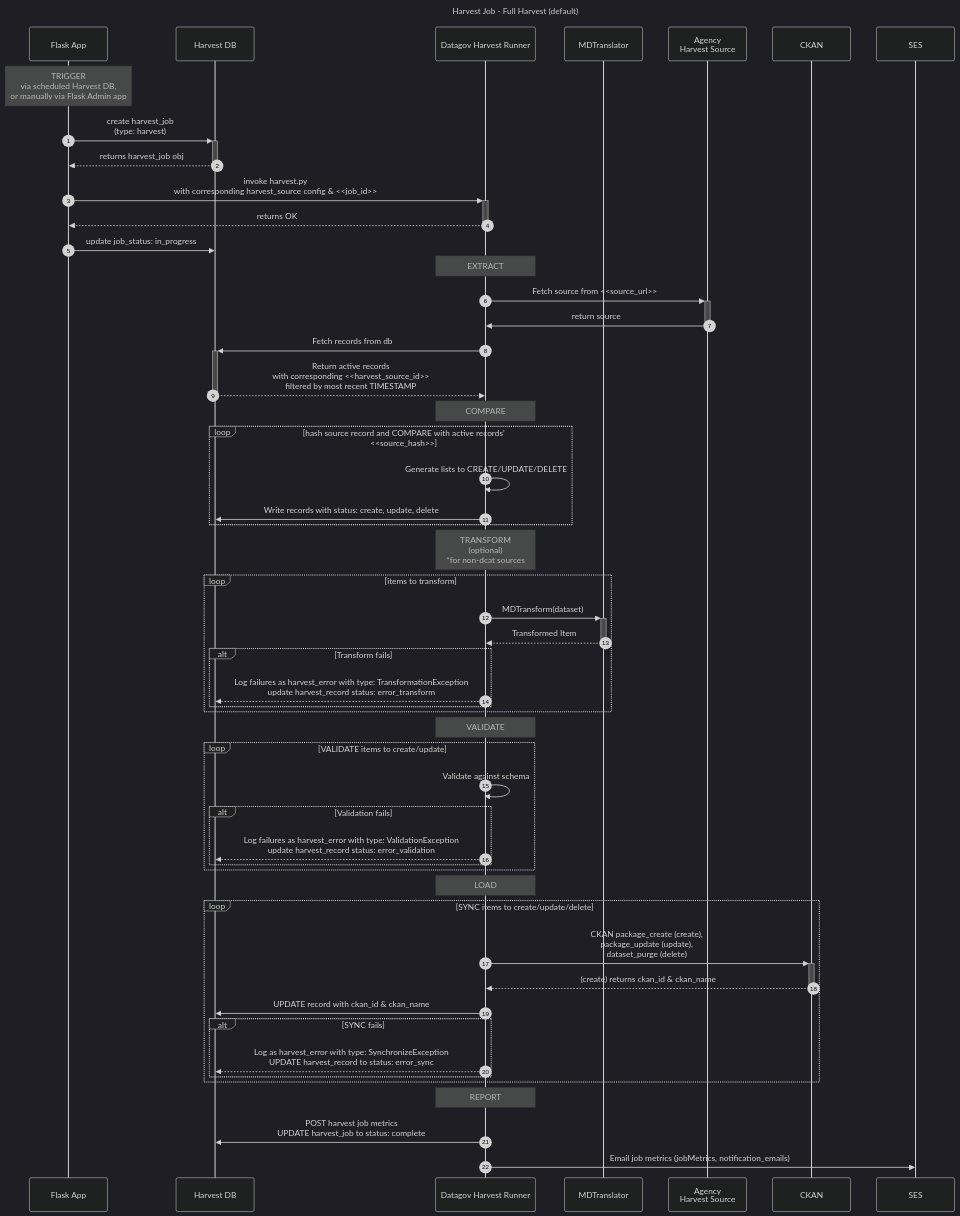
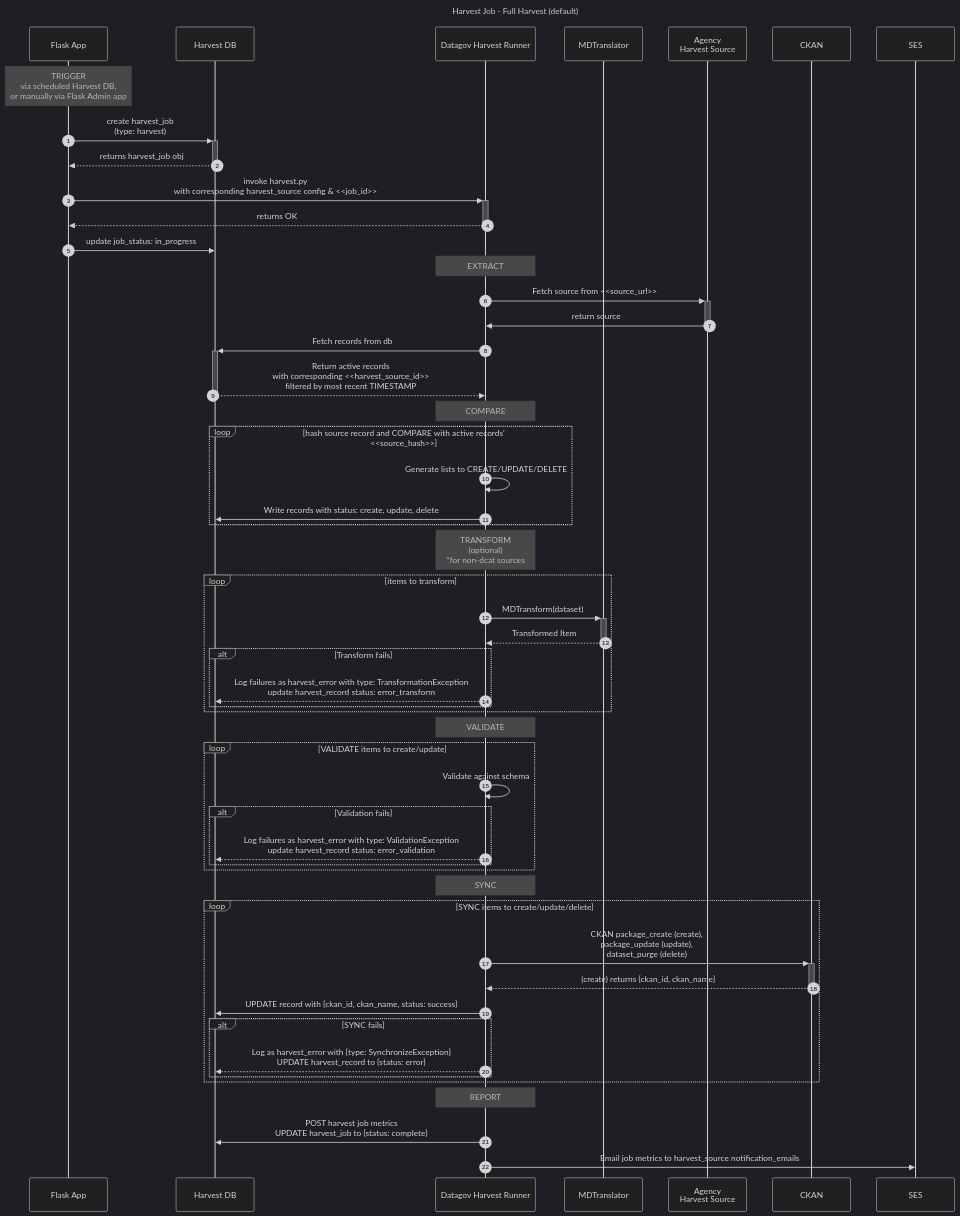
The diagram in docs/diagrams/mermaid/src/harvest_job_seq__harvest.md (GSA/datagov-harvester), drawn with Mermaid (dark theme) before and after one commit. The commit also changed 10 other files, not shown here.

````diff
--- a/docs/diagrams/mermaid/src/harvest_job_seq__harvest.md
+++ b/docs/diagrams/mermaid/src/harvest_job_seq__harvest.md
@@ -1,58 +1,58 @@
 ```mermaid
 ---
 title: Harvest Job - Full Harvest (default)
 ---
 sequenceDiagram
     autonumber
     participant FA as Flask App
     participant HDB as Harvest DB
     participant DHR as Datagov Harvest Runner
     participant MD as MDTranslator
     participant HS as Agency<br>Harvest Source
     participant CKAN
     participant SES
     note over FA: TRIGGER <br> via scheduled Harvest DB,<br>or manually via Flask Admin app
     FA->>+HDB: create harvest_job<br>(type: harvest)
     HDB-->>-FA: returns harvest_job obj
     FA->>+DHR: invoke harvest.py<br> with corresponding harvest_source config & <<job_id>>
     DHR-->>-FA: returns OK
     FA->>HDB: update job_status: in_progress
     note over DHR: EXTRACT
     DHR->>+HS: Fetch source from <<source_url>>
     HS->>-DHR: return source
     DHR->>+HDB: Fetch records from db
     HDB-->>-DHR: Return active records<br>with corresponding <<harvest_source_id>><br>filtered by most recent TIMESTAMP
     note over DHR: COMPARE
     loop hash source record and COMPARE with active records' <<source_hash>>
         DHR->>DHR: Generate lists to CREATE/UPDATE/DELETE
         DHR->>HDB: Write records with status: create, update, delete
     end
     note over DHR: TRANSFORM<br>(optional)<br>*for non-dcat sources
     loop items to transform
         DHR->>+MD: MDTransform(dataset)
         MD-->>-DHR: Transformed Item
         alt Transform fails
             DHR-->>HDB: Log failures as harvest_error with type: TransformationException<br>update harvest_record status: error_transform
         end
     end
     note over DHR: VALIDATE
     loop VALIDATE items to create/update
         DHR->>DHR: Validate against schema
         alt Validation fails
             DHR-->>HDB: Log failures as harvest_error with type: ValidationException<br>update harvest_record status: error_validation
         end
     end
 
-    note over DHR: LOAD
+    note over DHR: SYNC
     loop SYNC items to create/update/delete
         DHR->>+CKAN: CKAN package_create (create), <br>package_update (update), <br>dataset_purge (delete)
-        CKAN-->>-DHR: (create) returns ckan_id & ckan_name
-        DHR->>HDB: UPDATE record with ckan_id & ckan_name
+        CKAN-->>-DHR: (create) returns {ckan_id, ckan_name}
+        DHR->>HDB: UPDATE record with {ckan_id, ckan_name, status: success}
         alt SYNC fails
-            DHR-->>HDB: Log as harvest_error with type: SynchronizeException <br>UPDATE harvest_record to status: error_sync
+            DHR-->>HDB: Log as harvest_error with {type: SynchronizeException}<br>UPDATE harvest_record to {status: error}
         end
     end
     note over DHR: REPORT
-    DHR->>HDB: POST harvest job metrics <br> UPDATE harvest_job to status: complete
-    DHR->>SES: Email job metrics (jobMetrics, notification_emails)
+    DHR->>HDB: POST harvest job metrics <br> UPDATE harvest_job to {status: complete}
+    DHR->>SES: Email job metrics to harvest_source notification_emails
 ```
````
